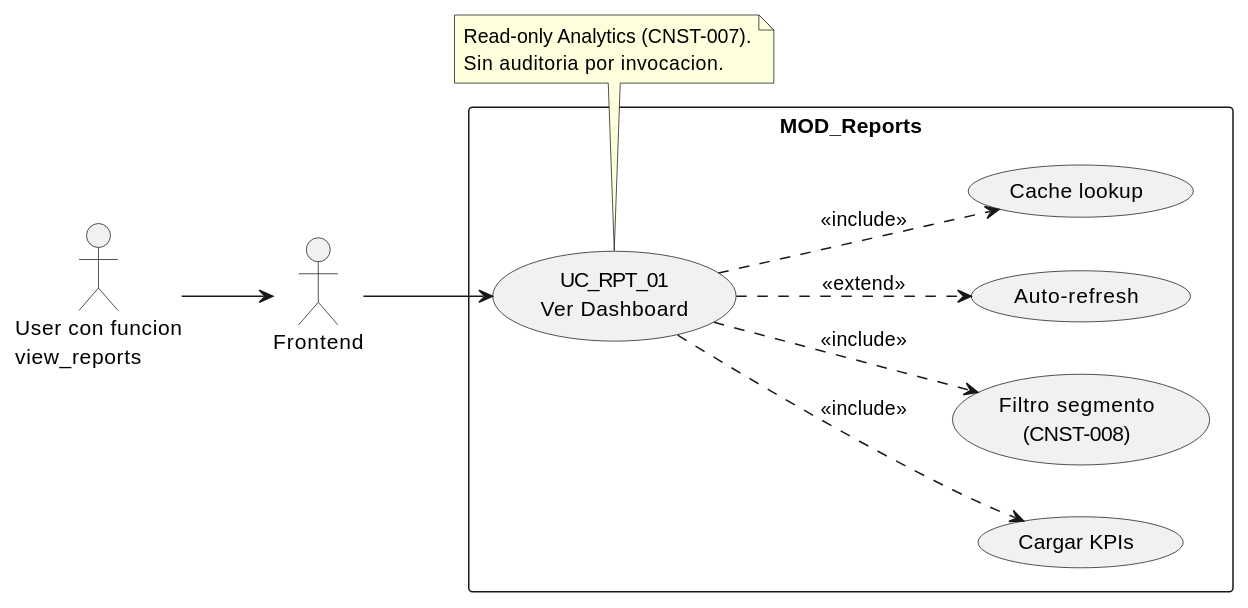
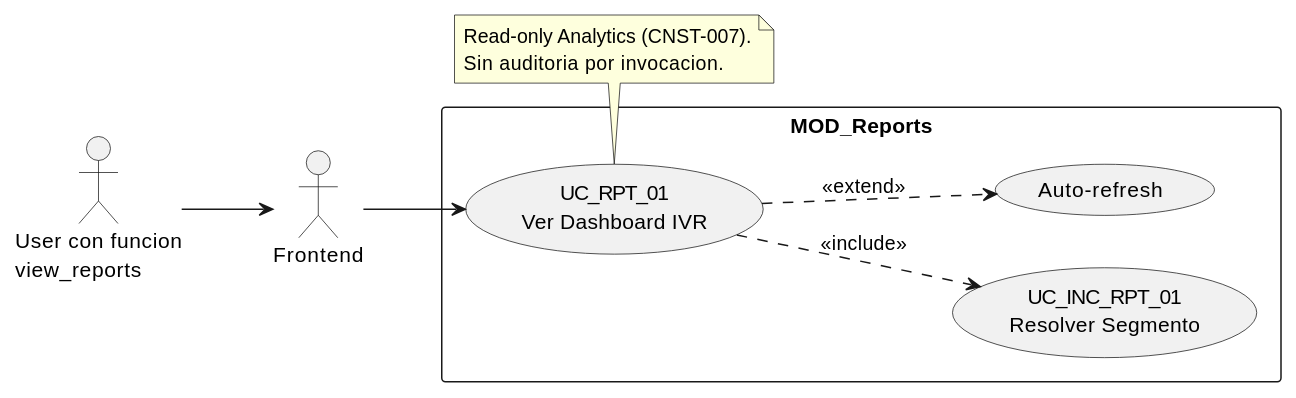
One commit to jcg-admin/IACT-docs changed the first of 4 diagrams in source/requisitos/casos-uso/reports/uc-rpt-01/diagramas-uml.rst. Above: the diagram before and after it, drawn with PlantUML. The commit also changed other lines of this file and 4 other files, not shown here.

```diff
--- a/source/requisitos/casos-uso/reports/uc-rpt-01/diagramas-uml.rst
+++ b/source/requisitos/casos-uso/reports/uc-rpt-01/diagramas-uml.rst
@@ -10,30 +10,26 @@
 .. uml::
  :caption: UC_RPT_01 — dashboard
 
  @startuml
  left to right direction
 
  actor "User con funcion\nview_reports" as USR
  actor "Frontend" as FE
 
  rectangle "MOD_Reports" {
-   usecase "UC_RPT_01\nVer Dashboard" as UC01
-   usecase "Cargar KPIs" as KPI
-   usecase "Filtro segmento\n(CNST-008)" as SEG
+   usecase "UC_INC_RPT_01\nResolver Segmento" as INC
+   usecase "UC_RPT_01\nVer Dashboard IVR" as UC01
    usecase "Auto-refresh" as REF
-   usecase "Cache lookup" as CACHE
  }
 
  USR --> FE
  FE --> UC01
- UC01 ..> KPI : <<include>>
- UC01 ..> SEG : <<include>>
+ UC01 ..> INC : <<include>>
  UC01 ..> REF : <<extend>>
- UC01 ..> CACHE : <<include>>
 
  note bottom of UC01
    Read-only Analytics (CNST-007).
    Sin auditoria por invocacion.
  end note
 
  @enduml
```
